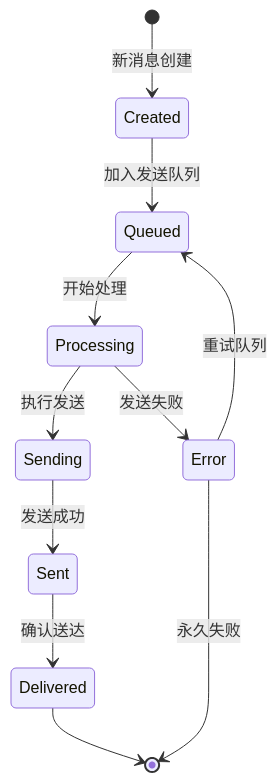
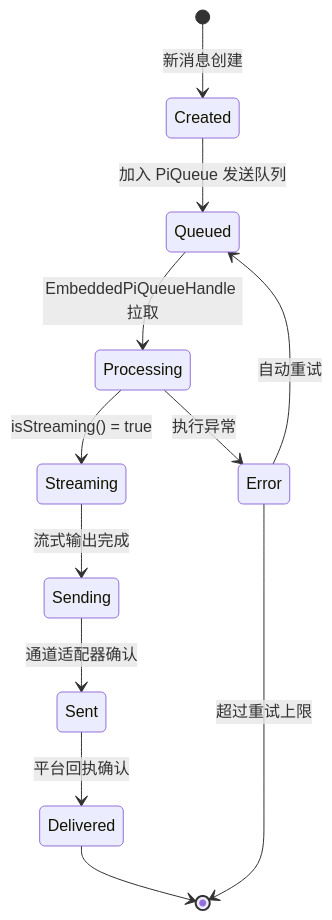
One commit to caicongyang/bloger changed the second of 26 diagrams in openclaw/DATA_STRUCTURES.md. Above: the diagram before and after it, drawn with Mermaid. The commit also changed other lines of this file and 13 other files, not shown here.

````diff
--- a/openclaw/DATA_STRUCTURES.md
+++ b/openclaw/DATA_STRUCTURES.md
@@ -55,18 +94,14 @@
 ```mermaid
 stateDiagram-v2
     [*] --> Created: 新消息创建
-    
-    Created --> Queued: 加入发送队列
-    Queued --> Processing: 开始处理
-    
-    Processing --> Sending: 执行发送
-    Sending --> Sent: 发送成功
-    
-    Processing --> Error: 发送失败
-    Error --> Queued: 重试队列
-    
-    Sent --> Delivered: 确认送达
+    Created --> Queued: 加入 PiQueue 发送队列
+    Queued --> Processing: EmbeddedPiQueueHandle 拉取
+    Processing --> Streaming: isStreaming() = true
+    Streaming --> Sending: 流式输出完成
+    Sending --> Sent: 通道适配器确认
+    Processing --> Error: 执行异常
+    Error --> Queued: 自动重试
+    Sent --> Delivered: 平台回执确认
     Delivered --> [*]
-    
-    Error --> [*]: 永久失败
+    Error --> [*]: 超过重试上限
 ```
````
